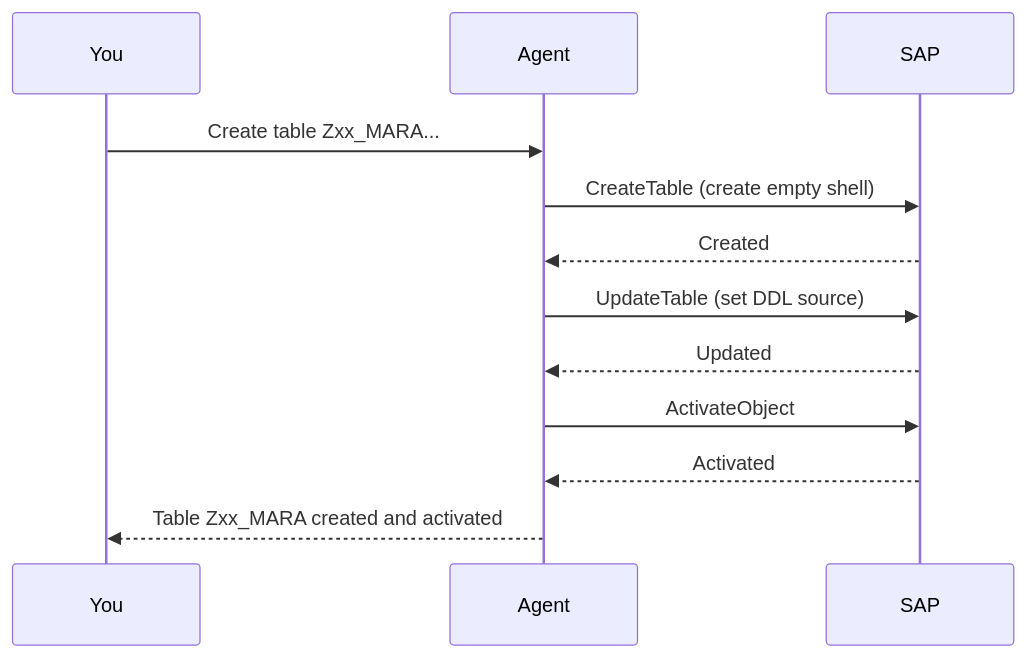
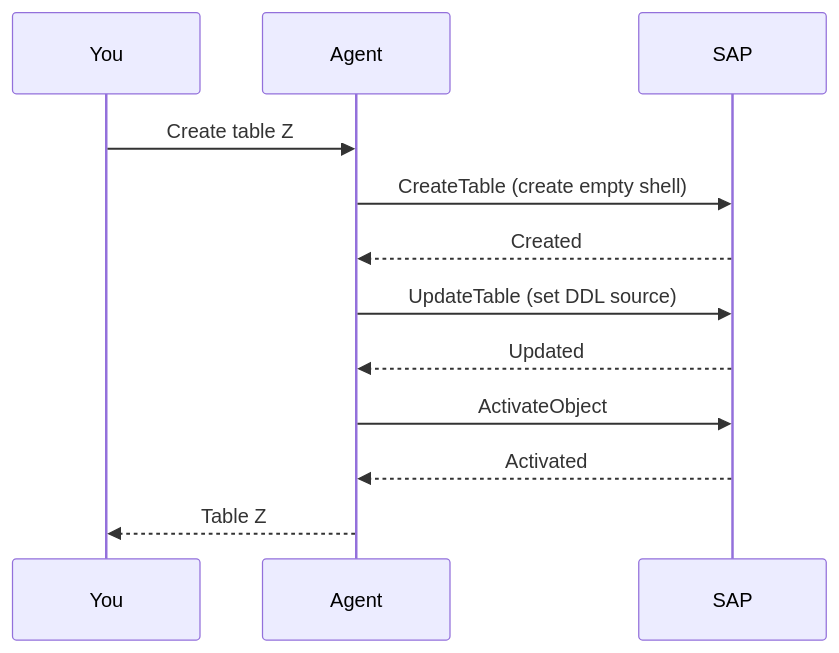
The fifth of 10 diagrams in docs/tutorials/rap-bo-creation.md (fr0ster/cloud-llm-hub), drawn with Mermaid before and after one commit. The commit also changed other lines of this file, not shown here.

````diff
--- a/docs/tutorials/rap-bo-creation.md
+++ b/docs/tutorials/rap-bo-creation.md
@@ -243,15 +315,15 @@
 ```mermaid
 sequenceDiagram
     participant You
     participant Agent
     participant SAP
 
-    You->>Agent: Create table Zxx_MARA...
+    You->>Agent: Create table Z##_MARA...
     Agent->>SAP: CreateTable (create empty shell)
     SAP-->>Agent: Created
     Agent->>SAP: UpdateTable (set DDL source)
     SAP-->>Agent: Updated
     Agent->>SAP: ActivateObject
     SAP-->>Agent: Activated
-    Agent-->>You: Table Zxx_MARA created and activated
+    Agent-->>You: Table Z##_MARA created and activated
 ```
````
